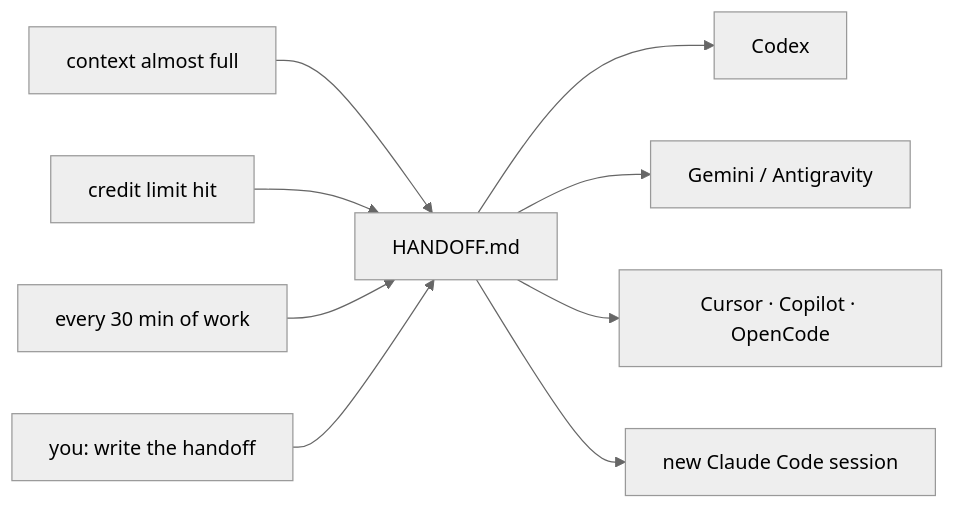
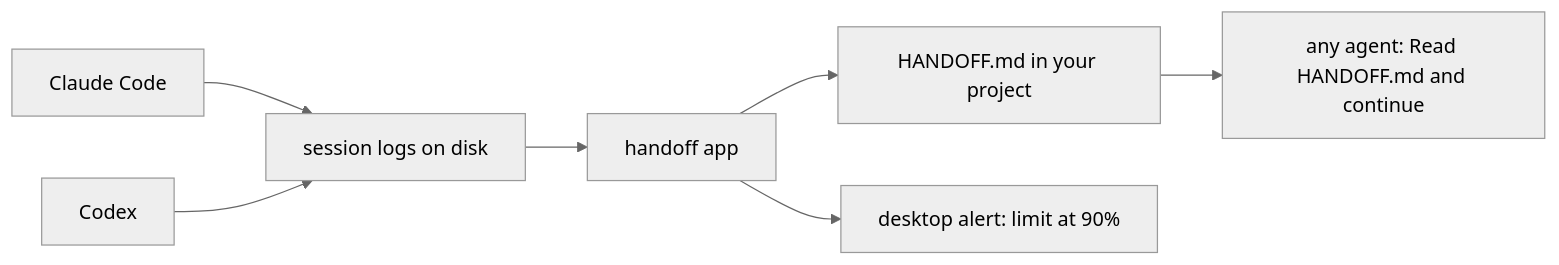
One commit to chentaymane/handOff changed the diagram in README.md. Above: the diagram before and after it, drawn with Mermaid (neutral theme). The commit also changed other lines of this file and 19 other files, not shown here.

First line of the commit message:
Turn handoff into a standalone app that reads agents' session logs

````diff
--- a/README.md
+++ b/README.md
@@ -38,11 +26,9 @@
 ```mermaid
 flowchart LR
-    A["context almost full"] --> H
-    B["credit limit hit"] --> H
-    C["every 30 min of work"] --> H
-    D["you: write the handoff"] --> H
-    H["HANDOFF.md"] --> E["Codex"]
-    H --> F["Gemini / Antigravity"]
-    H --> G["Cursor · Copilot · OpenCode"]
-    H --> I["new Claude Code session"]
+    A["Claude Code"] --> L["session logs on disk"]
+    B["Codex"] --> L
+    L --> H["handoff app"]
+    H --> F["HANDOFF.md in your project"]
+    H --> N["desktop alert: limit at 90%"]
+    F --> X["any agent: Read HANDOFF.md and continue"]
 ```
````
